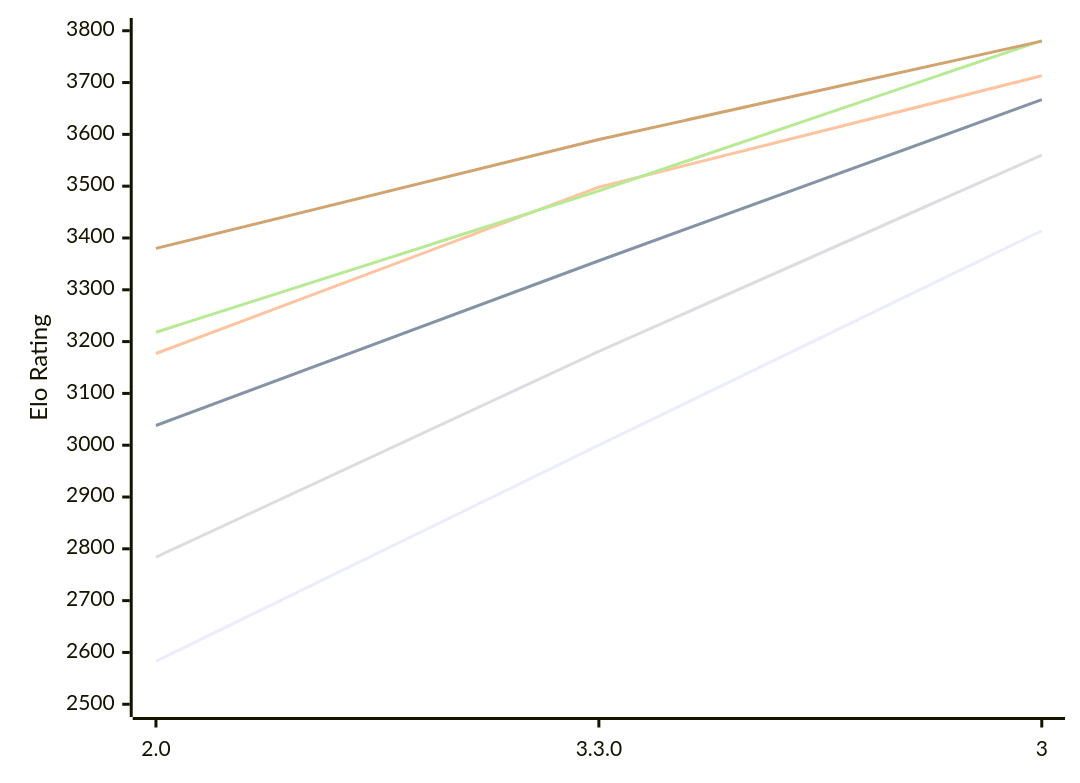
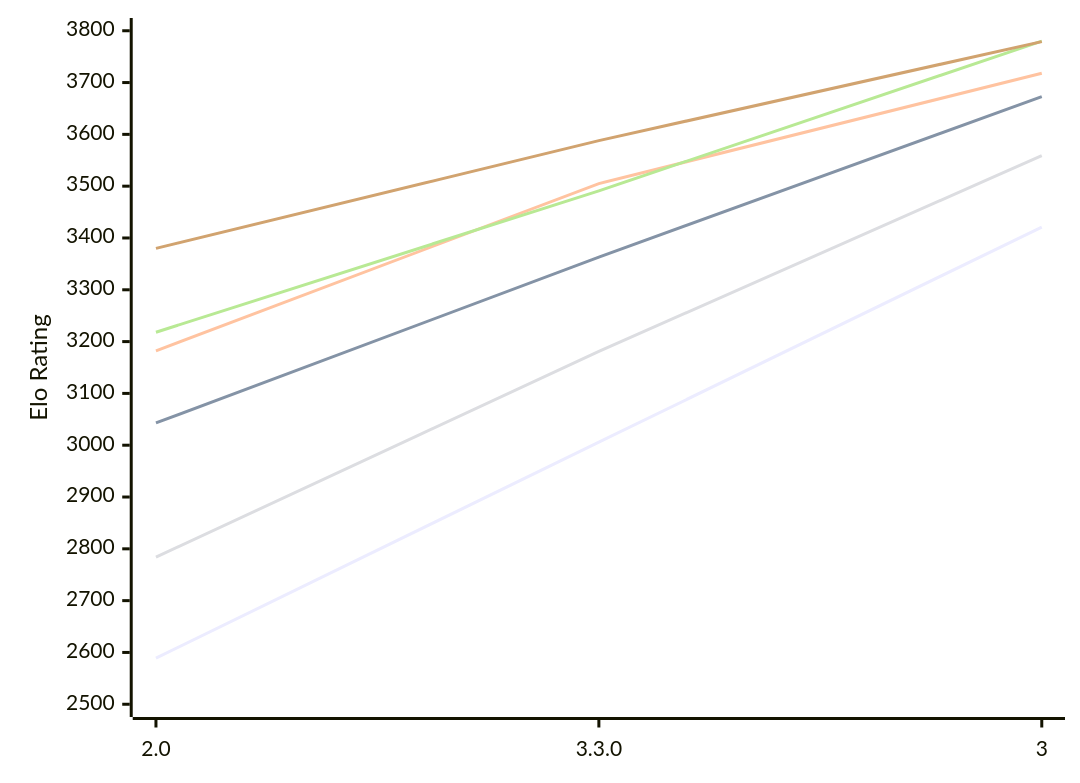
Before and after one commit to computer-chess-index/cci: the diagram in engines/Ravager.md, drawn with Mermaid. The commit also changed other lines of this file, not shown here.

Commit message:
Update CCI Ratings (ELO VLTC) - 2026-11-10

````diff
--- a/engines/Ravager.md
+++ b/engines/Ravager.md
@@ -51,12 +51,12 @@
 ```mermaid
 %%{init: {"theme":"base","themeVariables":{"seriesColors:['#a3a3a3','#222221','#faa371']}}}%%
 xychart-beta
   x-axis ["2.0", "3.3.0", "3"]
   y-axis "Elo Rating" 2500 --> 3800
-  line "E1: STC (8.0+0.08s)" [2583, 3000, 3414]
-  line "E1: LTC (60.0+0.60s)" [3038, 3356, 3667]
-  line "E1: VLTC (2m24s+1.12s)" [3177, 3498, 3713]
-  line "P1: STC (8.0+0.08s)" [2784, 3181, 3560]
-  line "P1: LTC (60.0+0.60s)" [3218, 3491, 3781]
-  line "P1: VLTC (2m24s+1.12s)" [3380, 3590, 3780]
+  line "E1: STC (8.0+0.08s)" [2589, 3006, 3421]
+  line "E1: LTC (60.0+0.60s)" [3043, 3363, 3673]
+  line "E1: VLTC (2m24s+1.12s)" [3182, 3505, 3718]
+  line "P1: STC (8.0+0.08s)" [2784, 3181, 3559]
+  line "P1: LTC (60.0+0.60s)" [3218, 3491, 3780]
+  line "P1: VLTC (2m24s+1.12s)" [3380, 3588, 3779]
 ```
````
